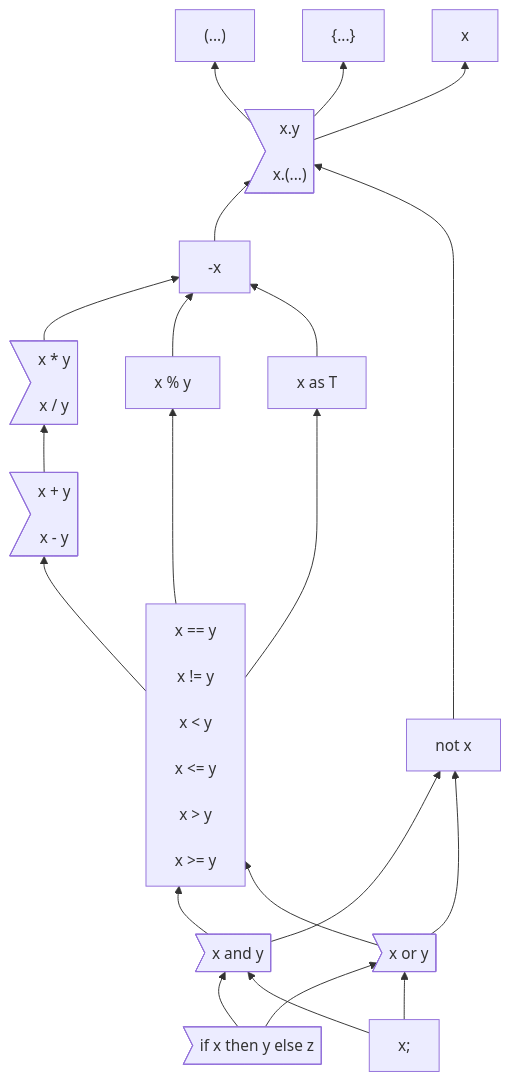
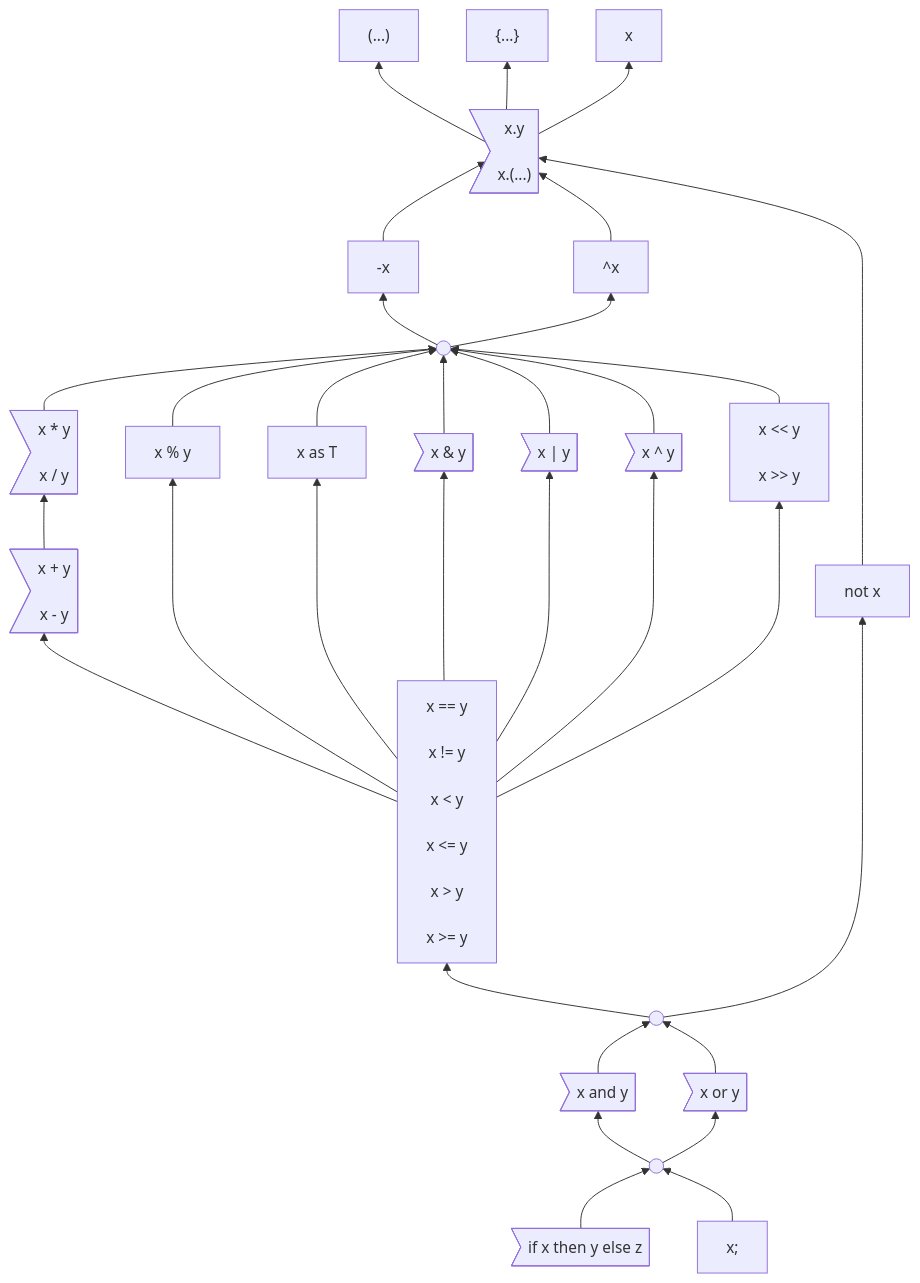
Before and after one commit to carbon-language/carbon-lang: the first of 2 diagrams in docs/design/expressions/README.md, drawn with Mermaid. The commit also changed other lines of this file and 4 other files, not shown here.

````diff
--- a/docs/design/expressions/README.md
+++ b/docs/design/expressions/README.md
@@ -65,6 +65,12 @@
     click memberAccess "https://github.com/carbon-language/carbon-lang/blob/trunk/docs/design/expressions/member_access.md"
 
     negation["-x"]
+    click negation "https://github.com/carbon-language/carbon-lang/blob/trunk/docs/design/expressions/arithmetic.md"
+
+    complement["^x"]
+    click complement "https://github.com/carbon-language/carbon-lang/blob/trunk/docs/design/expressions/bitwise.md"
+
+    unary((" "))
 
     as["x as T"]
     click as "https://github.com/carbon-language/carbon-lang/blob/trunk/docs/design/expressions/implicit_conversions.md"
@@ -80,6 +86,17 @@
     modulo["x % y"]
     click modulo "https://github.com/carbon-language/carbon-lang/blob/trunk/docs/design/expressions/arithmetic.md"
 
+    bitwise_and>"x & y"]
+    bitwise_or>"x | y"]
+    bitwise_xor>"x ^ y"]
+    click bitwise_and "https://github.com/carbon-language/carbon-lang/blob/trunk/docs/design/expressions/bitwise.md"
+    click bitwise_or "https://github.com/carbon-language/carbon-lang/blob/trunk/docs/design/expressions/bitwise.md"
+    click bitwise_xor "https://github.com/carbon-language/carbon-lang/blob/trunk/docs/design/expressions/bitwise.md"
+
+    shift["x << y<br>
+           x >> y"]
+    click shift "https://github.com/carbon-language/carbon-lang/blob/trunk/docs/design/expressions/bitwise.md"
+
     comparison["x == y<br>
                 x != y<br>
                 x < y<br>
@@ -91,11 +108,15 @@
     not["not x"]
     click not "https://github.com/carbon-language/carbon-lang/blob/trunk/docs/design/expressions/logical_operators.md"
 
+    logicalOperand((" "))
+
     and>"x and y"]
     click and "https://github.com/carbon-language/carbon-lang/blob/trunk/docs/design/expressions/logical_operators.md"
 
     or>"x or y"]
     click or "https://github.com/carbon-language/carbon-lang/blob/trunk/docs/design/expressions/logical_operators.md"
+
+    logicalExpression((" "))
 
     if>"if x then y else z"]
     click if "https://github.com/carbon-language/carbon-lang/blob/trunk/docs/design/expressions/if.md"
@@ -104,11 +125,15 @@
 
     memberAccess --> parens & braces & unqualifiedName
     negation --> memberAccess
+    complement --> memberAccess
+    unary --> negation & complement
     %% Use a longer arrow here to put `not` next to `and` and `or`.
     not -----> memberAccess
-    multiplication & modulo & as --> negation
+    multiplication & modulo & as & bitwise_and & bitwise_or & bitwise_xor & shift --> unary
     addition --> multiplication
-    comparison --> modulo & addition & as
-    and & or --> comparison & not
-    if & expressionEnd --> and & or
+    comparison --> modulo & addition & as & bitwise_and & bitwise_or & bitwise_xor & shift
+    logicalOperand --> comparison & not
+    and & or --> logicalOperand
+    logicalExpression --> and & or
+    if & expressionEnd --> logicalExpression
 ```
````
